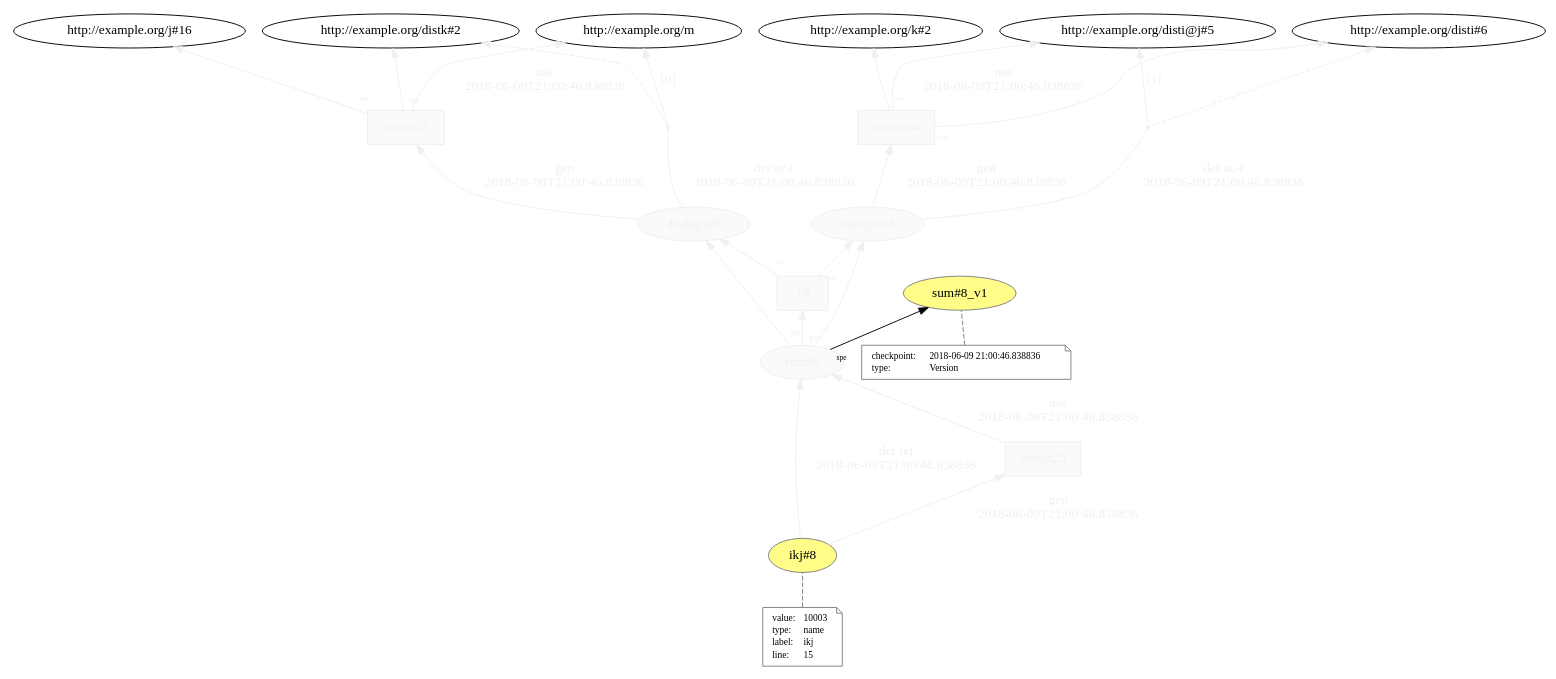
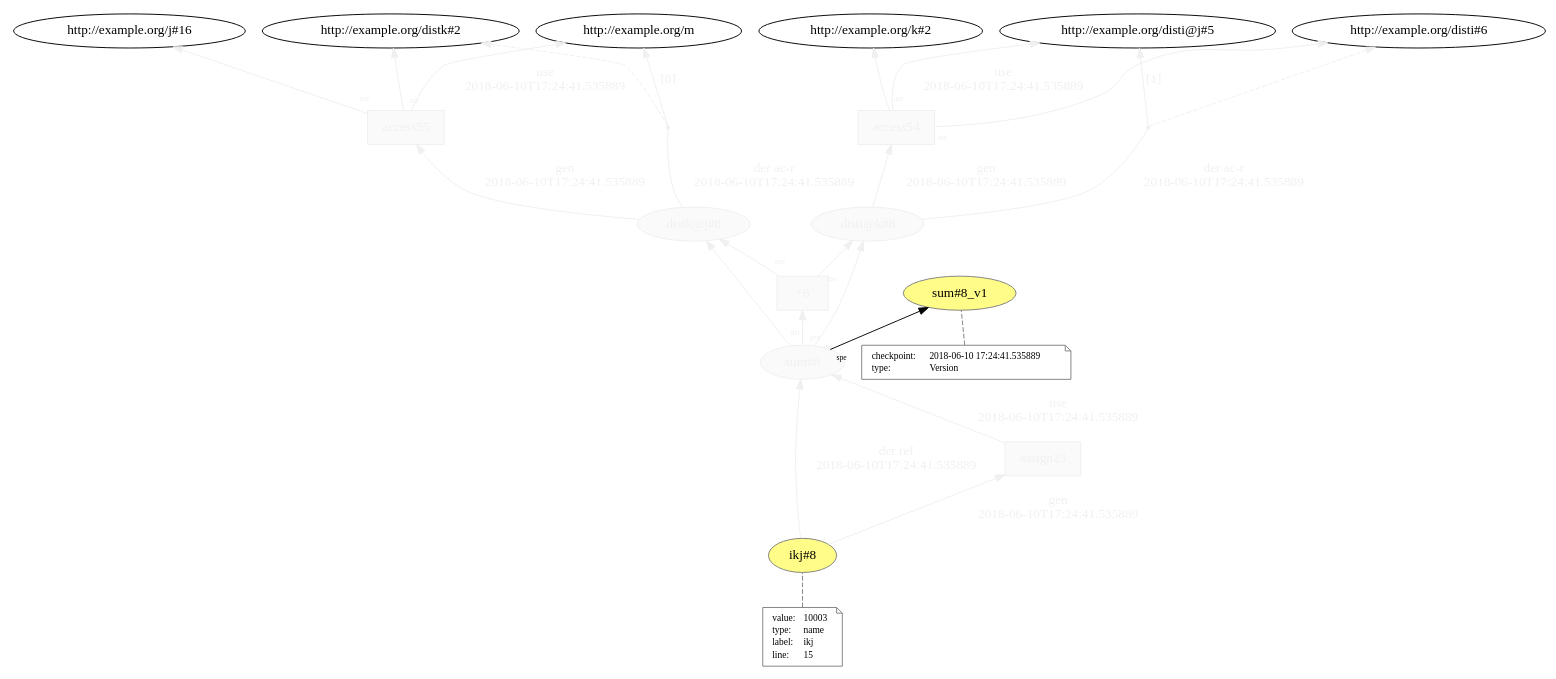
One commit to dew-uff/versioned-prov changed the diagram in generated/intertwined_prov/temp/L15__access__access__operation__assign_8.dot. Above: the diagram before and after it, drawn with Graphviz. The commit also changed 947 other files, not shown here.

```diff
--- a/generated/intertwined_prov/temp/L15__access__access__operation__assign_8.dot
+++ b/generated/intertwined_prov/temp/L15__access__access__operation__assign_8.dot
@@ -1,75 +1,75 @@
 digraph "PROV" { size="16,12"; rankdir="BT";
 "http://example.org/disti@k#8" [fillcolor="#FAFAFA",color="#F0F0F0",style="filled",fontcolor="#F0F0F0",label="disti@k#8",URL="http://example.org/disti@k#8"]
 "http://example.org/access54" [fillcolor="#FAFAFA",color="#F0F0F0",shape="polygon",sides="4",style="filled",fontcolor="#F0F0F0",label="access54",URL="http://example.org/access54"]
 "bn0" [shape="point",label="",fontcolor="#F0F0F0",color="#F0F0F0"]
 "http://example.org/disti@k#8" -> "bn0" [fontsize="14",distance="1.5",angle="60.0",rotation="20",label="der ac-r
-2018-06-09T21:00:46.838836",arrowhead="none",fontcolor="#F0F0F0",color="#F0F0F0"]
+2018-06-10T17:24:41.535889",arrowhead="none",fontcolor="#F0F0F0",color="#F0F0F0"]
 "bn0" -> "http://example.org/disti#6" [style="dashed",fontcolor="#F0F0F0",color="#F0F0F0"]
 "bn0" -> "http://example.org/disti@j#5" [fontsize="14",distance="1.5",angle="60.0",rotation="20",label="[1]",fontcolor="#F0F0F0",color="#F0F0F0"]
 "http://example.org/access54" -> "http://example.org/disti#6" [labelfontsize="8",labeldistance="1.5",labelangle="60.0",rotation="20",taillabel="use",fontcolor="#F0F0F0",color="#F0F0F0"]
 "http://example.org/access54" -> "http://example.org/k#2" [labelfontsize="8",labeldistance="1.5",labelangle="60.0",rotation="20",taillabel="use",fontcolor="#F0F0F0",color="#F0F0F0"]
 "http://example.org/distk@j#8" [fillcolor="#FAFAFA",color="#F0F0F0",style="filled",fontcolor="#F0F0F0",label="distk@j#8",URL="http://example.org/distk@j#8"]
 "http://example.org/access55" [fillcolor="#FAFAFA",color="#F0F0F0",shape="polygon",sides="4",style="filled",fontcolor="#F0F0F0",label="access55",URL="http://example.org/access55"]
 "bn1" [shape="point",label="",fontcolor="#F0F0F0",color="#F0F0F0"]
 "http://example.org/distk@j#8" -> "bn1" [fontsize="14",distance="1.5",angle="60.0",rotation="20",label="der ac-r
-2018-06-09T21:00:46.838836",arrowhead="none",fontcolor="#F0F0F0",color="#F0F0F0"]
+2018-06-10T17:24:41.535889",arrowhead="none",fontcolor="#F0F0F0",color="#F0F0F0"]
 "bn1" -> "http://example.org/distk#2" [style="dashed",fontcolor="#F0F0F0",color="#F0F0F0"]
 "bn1" -> "http://example.org/m" [fontsize="14",distance="1.5",angle="60.0",rotation="20",label="[0]",fontcolor="#F0F0F0",color="#F0F0F0"]
 "http://example.org/access55" -> "http://example.org/distk#2" [labelfontsize="8",labeldistance="1.5",labelangle="60.0",rotation="20",taillabel="use",fontcolor="#F0F0F0",color="#F0F0F0"]
 "http://example.org/access55" -> "http://example.org/j#16" [labelfontsize="8",labeldistance="1.5",labelangle="60.0",rotation="20",taillabel="use",fontcolor="#F0F0F0",color="#F0F0F0"]
 "http://example.org/sum#8" [fillcolor="#FAFAFA",color="#F0F0F0",style="filled",fontcolor="#F0F0F0",label="sum#8",URL="http://example.org/sum#8"]
 "http://example.org/sum#8_v1" [fillcolor="#FFFC87",color="#808080",style="filled",label="sum#8_v1",URL="http://example.org/sum#8_v1"]
 "http://example.org/sum#8_v1-attrs" [color="gray",shape="note",fontsize="10",fontcolor="black",label=<<TABLE cellpadding="0" border="0">
 	<TR>
 	    <TD align="left">checkpoint:</TD>
-	    <TD align="left">2018-06-09 21:00:46.838836</TD>
+	    <TD align="left">2018-06-10 17:24:41.535889</TD>
 	</TR>
 	<TR>
 	    <TD align="left">type:</TD>
 	    <TD align="left">Version</TD>
 	</TR>
 </TABLE>>]
 "http://example.org/sum#8_v1-attrs" -> "http://example.org/sum#8_v1" [color="gray",style="dashed",arrowhead="none"]
 "http://example.org/sum#8" -> "http://example.org/sum#8_v1" [labelfontsize="8",labeldistance="1.5",labelangle="60.0",rotation="20",taillabel="spe"]
 "http://example.org/+8" [fillcolor="#FAFAFA",color="#F0F0F0",shape="polygon",sides="4",style="filled",fontcolor="#F0F0F0",label="+8",URL="http://example.org/+8"]
 "http://example.org/sum#8" -> "http://example.org/disti@k#8" [labelfontsize="8",labeldistance="1.5",labelangle="60.0",rotation="20",taillabel="der",fontcolor="#F0F0F0",color="#F0F0F0"]
 "http://example.org/sum#8" -> "http://example.org/distk@j#8" [labelfontsize="8",labeldistance="1.5",labelangle="60.0",rotation="20",taillabel="der",fontcolor="#F0F0F0",color="#F0F0F0"]
 "http://example.org/ikj#8" [fillcolor="#FFFC87",color="#808080",style="filled",label="ikj#8",URL="http://example.org/ikj#8"]
 "http://example.org/ikj#8-attrs" [color="gray",shape="note",fontsize="10",fontcolor="black",label=<<TABLE cellpadding="0" border="0">
 	<TR>
 	    <TD align="left">value:</TD>
 	    <TD align="left">10003</TD>
 	</TR>
 	<TR>
 	    <TD align="left">type:</TD>
 	    <TD align="left">name</TD>
 	</TR>
 	<TR>
 	    <TD align="left">label:</TD>
 	    <TD align="left">ikj</TD>
 	</TR>
 	<TR>
 	    <TD align="left">line:</TD>
 	    <TD align="left">15</TD>
 	</TR>
 </TABLE>>]
 "http://example.org/ikj#8-attrs" -> "http://example.org/ikj#8" [color="gray",style="dashed",arrowhead="none"]
 "http://example.org/assign23" [fillcolor="#FAFAFA",color="#F0F0F0",shape="polygon",sides="4",style="filled",fontcolor="#F0F0F0",label="assign23",URL="http://example.org/assign23"]
 "http://example.org/ikj#8" -> "http://example.org/sum#8" [fontsize="14",distance="1.5",angle="60.0",rotation="20",label="der ref
-2018-06-09T21:00:46.838836",fontcolor="#F0F0F0",color="#F0F0F0"]
+2018-06-10T17:24:41.535889",fontcolor="#F0F0F0",color="#F0F0F0"]
+"http://example.org/+8" -> "http://example.org/disti@k#8" [labelfontsize="8",labeldistance="1.5",labelangle="60.0",rotation="20",taillabel="use",fontcolor="#F0F0F0",color="#F0F0F0"]
 "http://example.org/+8" -> "http://example.org/distk@j#8" [labelfontsize="8",labeldistance="1.5",labelangle="60.0",rotation="20",taillabel="use",fontcolor="#F0F0F0",color="#F0F0F0"]
+"http://example.org/assign23" -> "http://example.org/sum#8" [fontsize="14",distance="1.5",angle="60.0",rotation="20",label="use
+2018-06-10T17:24:41.535889",fontcolor="#F0F0F0",color="#F0F0F0"]
+"http://example.org/access55" -> "http://example.org/m" [fontsize="14",distance="1.5",angle="60.0",rotation="20",label="use
+2018-06-10T17:24:41.535889",fontcolor="#F0F0F0",color="#F0F0F0"]
 "http://example.org/access54" -> "http://example.org/disti@j#5" [fontsize="14",distance="1.5",angle="60.0",rotation="20",label="use
-2018-06-09T21:00:46.838836",fontcolor="#F0F0F0",color="#F0F0F0"]
-"http://example.org/assign23" -> "http://example.org/sum#8" [fontsize="14",distance="1.5",angle="60.0",rotation="20",label="use
-2018-06-09T21:00:46.838836",fontcolor="#F0F0F0",color="#F0F0F0"]
-"http://example.org/access55" -> "http://example.org/m" [fontsize="14",distance="1.5",angle="60.0",rotation="20",label="use
-2018-06-09T21:00:46.838836",fontcolor="#F0F0F0",color="#F0F0F0"]
-"http://example.org/+8" -> "http://example.org/disti@k#8" [labelfontsize="8",labeldistance="1.5",labelangle="60.0",rotation="20",taillabel="use",fontcolor="#F0F0F0",color="#F0F0F0"]
+2018-06-10T17:24:41.535889",fontcolor="#F0F0F0",color="#F0F0F0"]
 "http://example.org/disti@k#8" -> "http://example.org/access54" [fontsize="14",distance="1.5",angle="60.0",rotation="20",label="gen
-2018-06-09T21:00:46.838836",fontcolor="#F0F0F0",color="#F0F0F0"]
+2018-06-10T17:24:41.535889",fontcolor="#F0F0F0",color="#F0F0F0"]
+"http://example.org/ikj#8" -> "http://example.org/assign23" [fontsize="14",distance="1.5",angle="60.0",rotation="20",label="gen
+2018-06-10T17:24:41.535889",fontcolor="#F0F0F0",color="#F0F0F0"]
 "http://example.org/distk@j#8" -> "http://example.org/access55" [fontsize="14",distance="1.5",angle="60.0",rotation="20",label="gen
-2018-06-09T21:00:46.838836",fontcolor="#F0F0F0",color="#F0F0F0"]
+2018-06-10T17:24:41.535889",fontcolor="#F0F0F0",color="#F0F0F0"]
 "http://example.org/sum#8" -> "http://example.org/+8" [labelfontsize="8",labeldistance="1.5",labelangle="60.0",rotation="20",taillabel="gen",fontcolor="#F0F0F0",color="#F0F0F0"]
-"http://example.org/ikj#8" -> "http://example.org/assign23" [fontsize="14",distance="1.5",angle="60.0",rotation="20",label="gen
-2018-06-09T21:00:46.838836",fontcolor="#F0F0F0",color="#F0F0F0"]
 }
```
